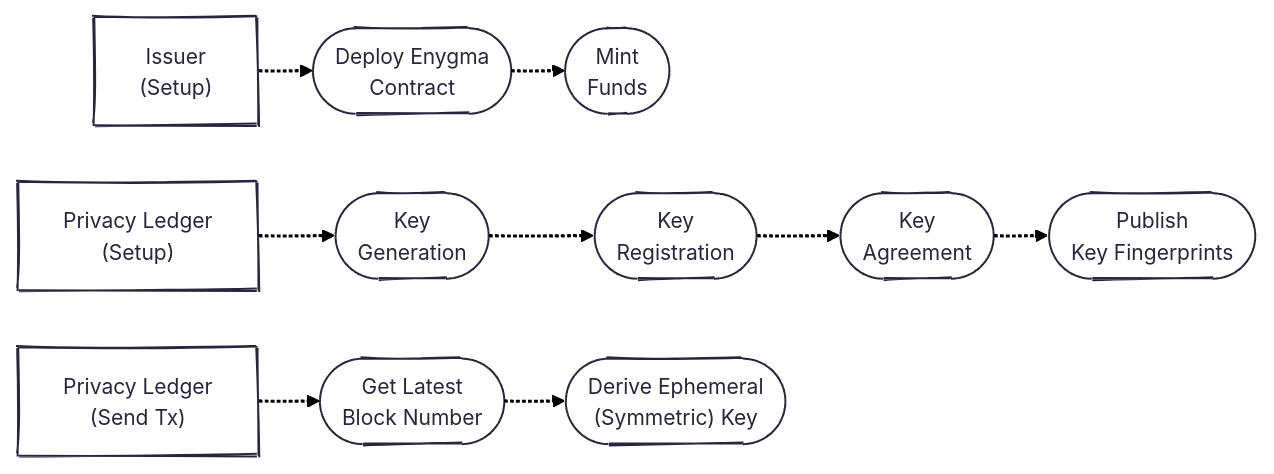
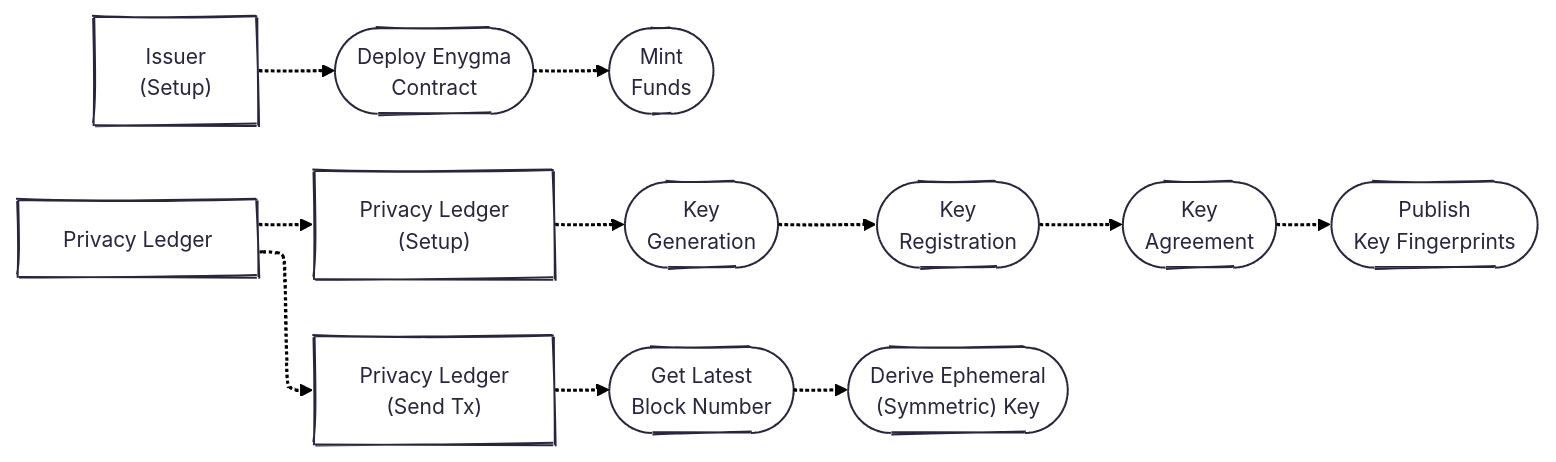
The diagram in enygma_payments/protocol_description.md (raylsnetwork/Enygma), drawn with Mermaid before and after one commit.

````diff
--- a/enygma_payments/protocol_description.md
+++ b/enygma_payments/protocol_description.md
@@ -3,27 +3,30 @@
 ```mermaid
 ---
 config:
   theme: redux
   layout: elk
   look: handDrawn
 ---
 flowchart LR
     i_setup["Issuer<br>(Setup)"]
     deploy(["Deploy Enygma<br>Contract"])
     mint(["Mint<br>Funds"])
 
+    pl["Privacy Ledger"]
     pl_setup["Privacy Ledger<br>(Setup)"]
     keygen(["Key<br>Generation"])
     register(["Key<br>Registration"])
     kem(["Key<br>Agreement"])
     publish(["Publish<br>Key Fingerprints"])
 
     pl_send["Privacy Ledger<br>(Send Tx)"]
     getblock(["Get Latest<br>Block Number"])
     derivekey(["Derive Ephemeral<br>(Symmetric) Key"])
 
     i_setup -.-> deploy -.-> mint
+
+    pl -.-> pl_setup & pl_send
     pl_setup -.-> keygen -.-> register -.-> kem -.-> publish
 
     pl_send -.-> getblock -.-> derivekey
 ```
````
